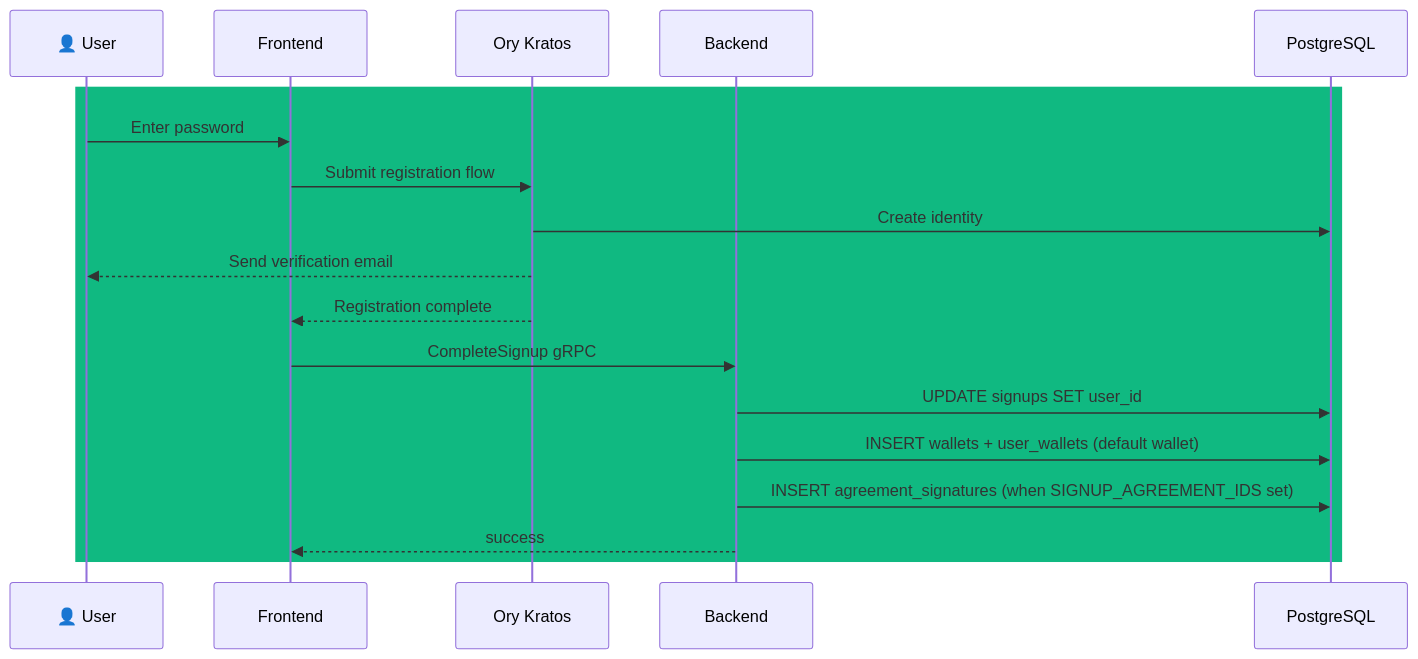
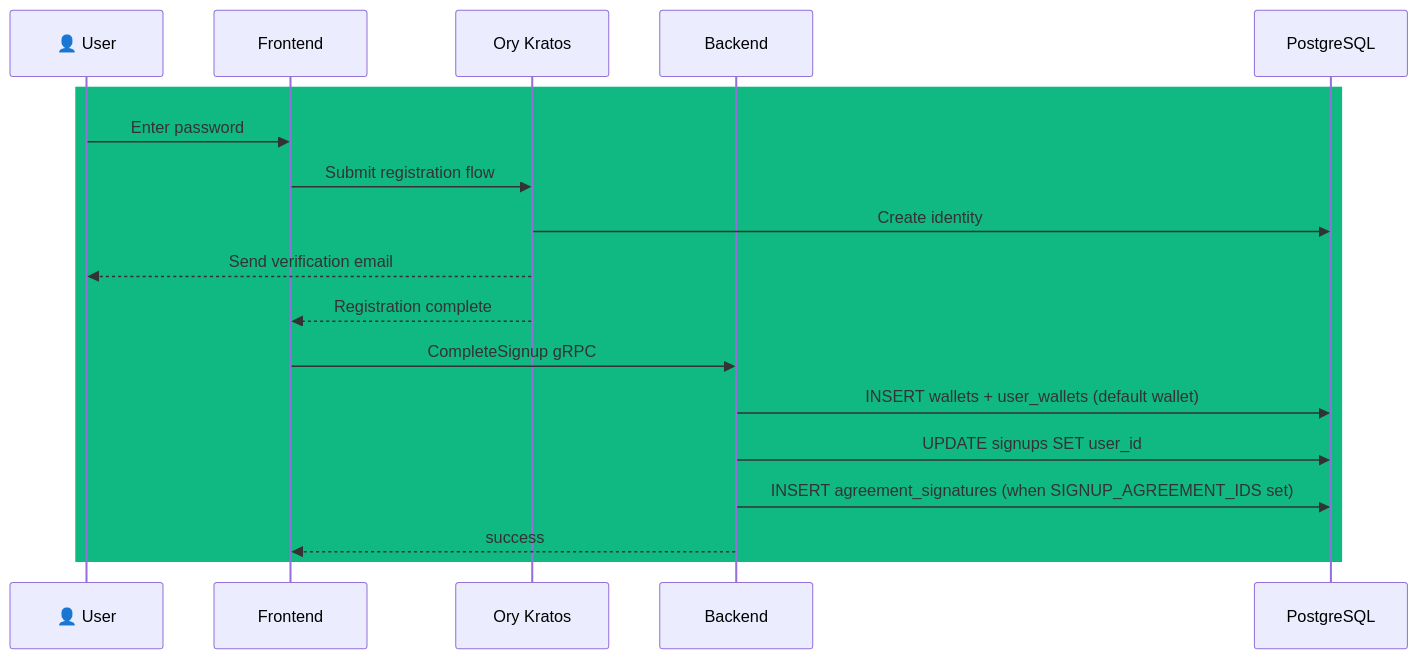
The third of 7 diagrams in documentation/docs/signup-guide.md (interledger/interledger-app), drawn with Mermaid before and after one commit. The commit also changed other lines of this file and 1 other file, not shown here.

````diff
--- a/documentation/docs/signup-guide.md
+++ b/documentation/docs/signup-guide.md
@@ -78,21 +78,21 @@
 ```mermaid
 sequenceDiagram
     participant U as 👤 User
     participant FE as Frontend
     participant K as Ory Kratos
     participant BE as Backend
     participant DB as PostgreSQL
 
     rect rgb(16, 185, 129)
     U->>FE: Enter password
     FE->>K: Submit registration flow
     K->>DB: Create identity
     K-->>U: Send verification email
     K-->>FE: Registration complete
     FE->>BE: CompleteSignup gRPC
+    BE->>DB: INSERT wallets + user_wallets (default wallet)
     BE->>DB: UPDATE signups SET user_id
-    BE->>DB: INSERT wallets + user_wallets (default wallet)
     BE->>DB: INSERT agreement_signatures (when SIGNUP_AGREEMENT_IDS set)
     BE-->>FE: success
     end
 ```
````
